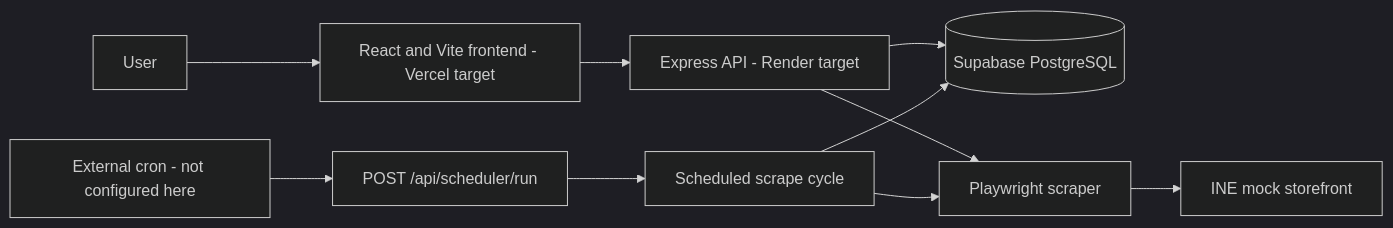
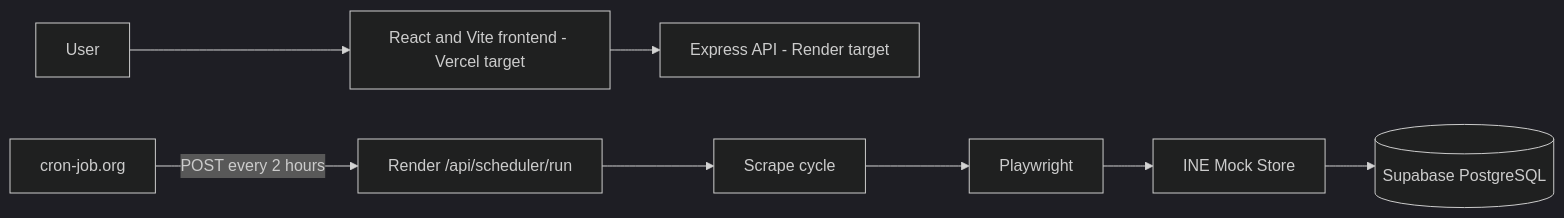
One commit to Siddhazntx/INE-Price-Tracker---205 changed the first of 2 diagrams in README.md. Above: the diagram before and after it, drawn with Mermaid (dark theme). The commit also changed other lines of this file and 1 other file, not shown here.

Commit message:
Updated Readme/Design

````diff
--- a/README.md
+++ b/README.md
@@ -13,12 +13,10 @@
 ```mermaid
 flowchart LR
   User --> Frontend[React and Vite frontend - Vercel target]
   Frontend --> Backend[Express API - Render target]
-  Backend --> Database[(Supabase PostgreSQL)]
-  Backend --> Scraper[Playwright scraper]
-  Scraper --> Storefront[INE mock storefront]
-  Cron[External cron - not configured here] --> Trigger[POST /api/scheduler/run]
-  Trigger --> Cycle[Scheduled scrape cycle]
-  Cycle --> Scraper
-  Cycle --> Database
+  Cron[cron-job.org] -->|POST every 2 hours| Trigger[Render /api/scheduler/run]
+  Trigger --> Cycle[Scrape cycle]
+  Cycle --> Scraper[Playwright]
+  Scraper --> Storefront[INE Mock Store]
+  Storefront --> Database[(Supabase PostgreSQL)]
 ```
````
